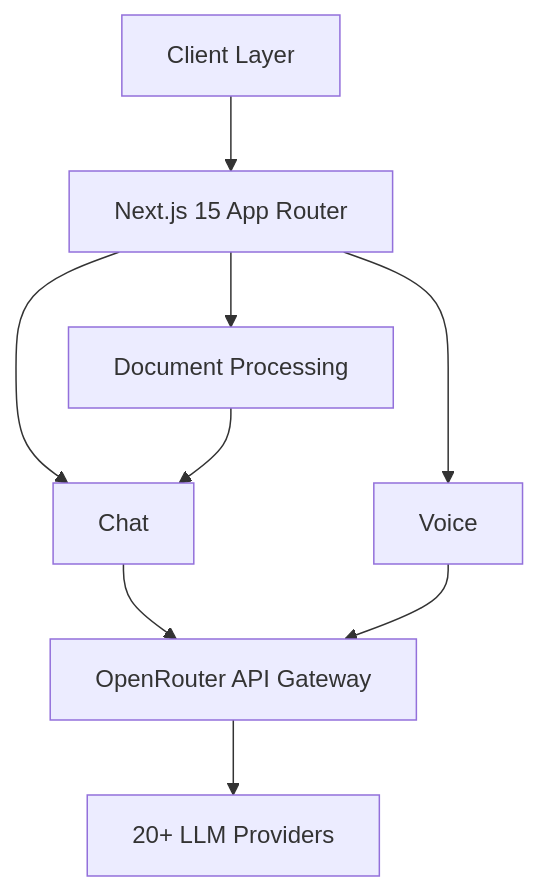
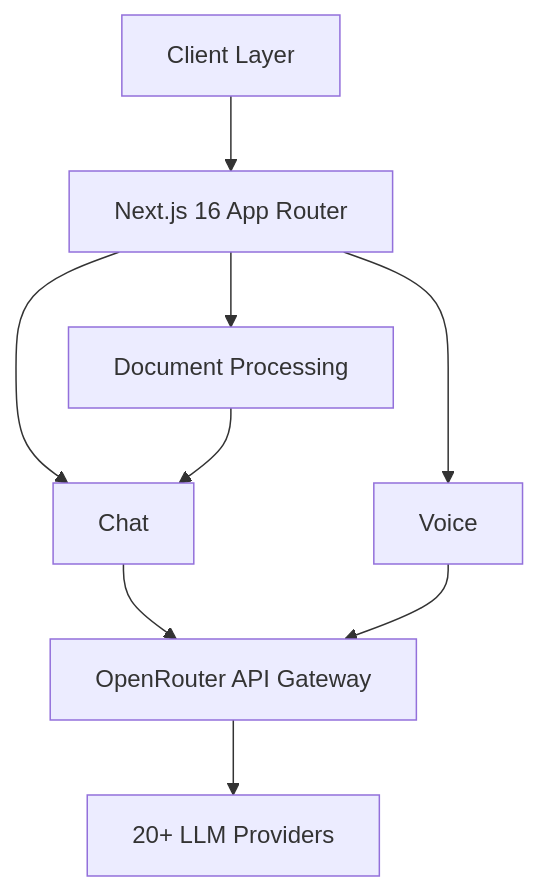
Before and after one commit to Suryanshu-Nabheet/AiBoT: the diagram in README.md, drawn with Mermaid. The commit also changed other lines of this file and 25 other files, not shown here.

First line of the commit message:
feat: improve queued chat and Mermaid diagrams

````diff
--- a/README.md
+++ b/README.md
@@ -28,11 +28,11 @@
 ```mermaid
 graph TB
-    A[Client Layer] --> B[Next.js 15 App Router]
+    A[Client Layer] --> B[Next.js 16 App Router]
     B --> C[Chat]
     B --> D[Document Processing]
     B --> E[Voice]
     C --> F[OpenRouter API Gateway]
     D --> C
     E --> F
     F --> I[20+ LLM Providers]
 ```
````
